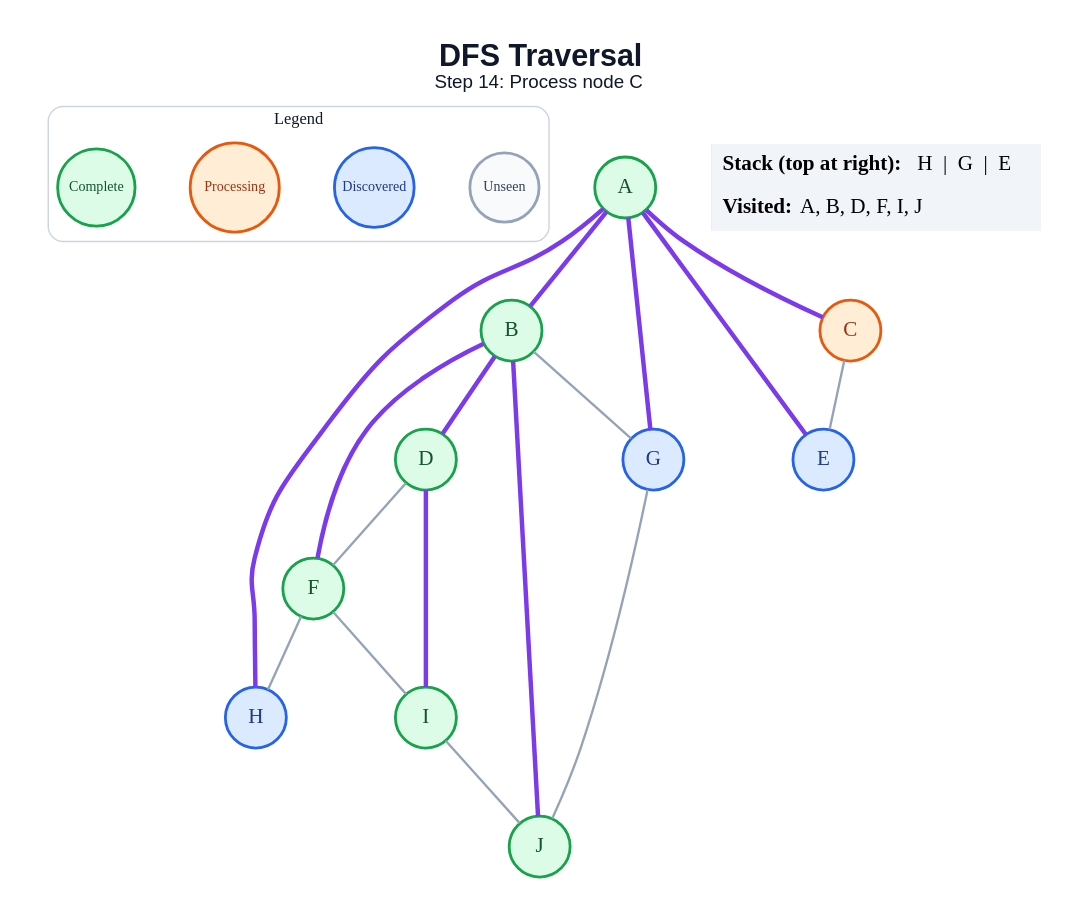
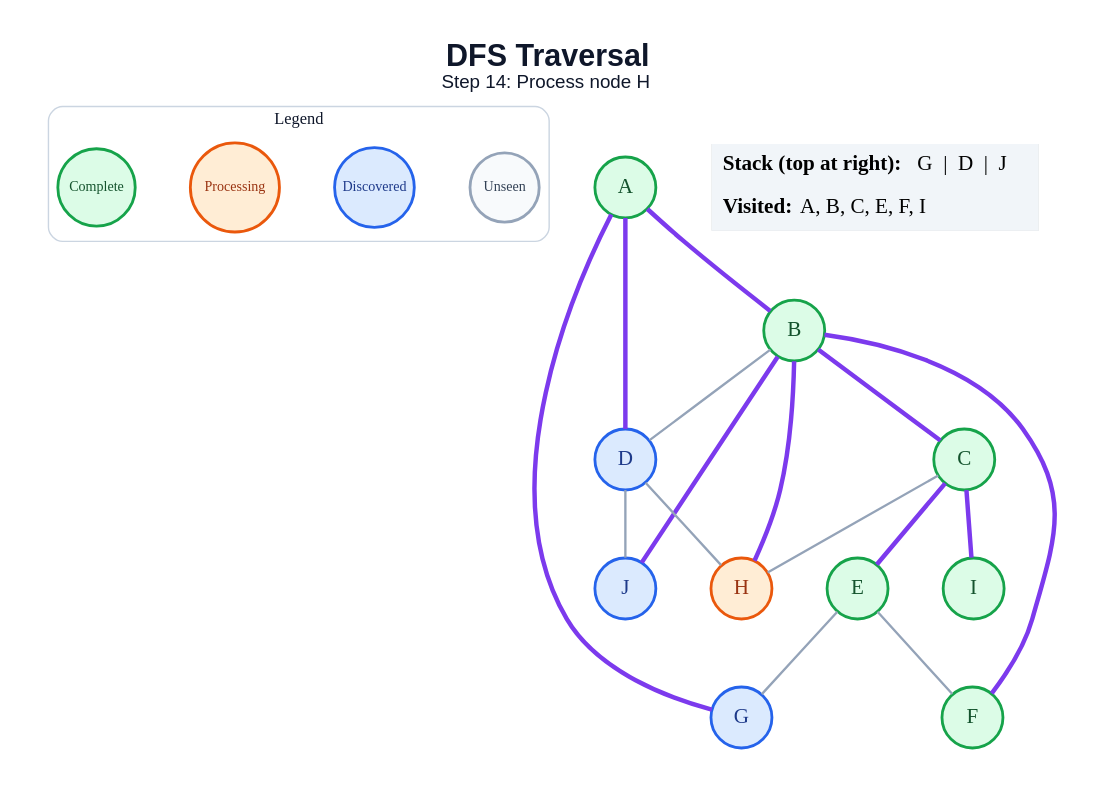
Before and after one commit to amanghodawala9/ai-slop: the diagram in generated/dfs/step_14.dot, drawn with Graphviz. The commit also changed 178 other files, not shown here.

```diff
--- a/generated/dfs/step_14.dot
+++ b/generated/dfs/step_14.dot
@@ -1,45 +1,44 @@
 graph traversal {
   graph [layout=dot, rankdir=TB, bgcolor="#FFFFFF", pad="0.35", nodesep="0.65", ranksep="0.8", fontname="Arial"];
   node [shape=circle, style="filled", fontname="Arial Bold", fontsize=18, width=0.72, fixedsize=true, penwidth=2.4];
   edge [color="#94A3B8", penwidth=2.0];
-  label=<<B>DFS Traversal</B><BR/><FONT POINT-SIZE="16">Step 14: Process node C</FONT>>; labelloc="t"; fontsize=26; fontname="Arial"; fontcolor="#0F172A";
+  label=<<B>DFS Traversal</B><BR/><FONT POINT-SIZE="16">Step 14: Process node H</FONT>>; labelloc="t"; fontsize=26; fontname="Arial"; fontcolor="#0F172A";
   subgraph cluster_legend { label="Legend"; color="#CBD5E1"; penwidth=1.2; style="rounded"; fontsize=14; fontname="Arial Bold";
     key_unseen [label="Unseen", fillcolor="#F8FAFC", color="#94A3B8", fontcolor="#334155", fontsize=12, width=0.82];
     key_frontier [label="Discovered", fillcolor="#DBEAFE", color="#2563EB", fontcolor="#1E3A8A", fontsize=12, width=0.95];
     key_current [label="Processing", fillcolor="#FFEDD5", color="#EA580C", fontcolor="#9A3412", fontsize=12, width=1.05];
     key_done [label="Complete", fillcolor="#DCFCE7", color="#16A34A", fontcolor="#14532D", fontsize=12, width=0.92];
     { rank=same; key_unseen; key_frontier; key_current; key_done; }
   }
   A [fillcolor="#DCFCE7", color="#16A34A", fontcolor="#14532D"];
   B [fillcolor="#DCFCE7", color="#16A34A", fontcolor="#14532D"];
-  C [fillcolor="#FFEDD5", color="#EA580C", fontcolor="#9A3412"];
-  D [fillcolor="#DCFCE7", color="#16A34A", fontcolor="#14532D"];
-  E [fillcolor="#DBEAFE", color="#2563EB", fontcolor="#1E3A8A"];
+  C [fillcolor="#DCFCE7", color="#16A34A", fontcolor="#14532D"];
+  D [fillcolor="#DBEAFE", color="#2563EB", fontcolor="#1E3A8A"];
+  E [fillcolor="#DCFCE7", color="#16A34A", fontcolor="#14532D"];
   F [fillcolor="#DCFCE7", color="#16A34A", fontcolor="#14532D"];
   G [fillcolor="#DBEAFE", color="#2563EB", fontcolor="#1E3A8A"];
-  H [fillcolor="#DBEAFE", color="#2563EB", fontcolor="#1E3A8A"];
+  H [fillcolor="#FFEDD5", color="#EA580C", fontcolor="#9A3412"];
   I [fillcolor="#DCFCE7", color="#16A34A", fontcolor="#14532D"];
-  J [fillcolor="#DCFCE7", color="#16A34A", fontcolor="#14532D"];
+  J [fillcolor="#DBEAFE", color="#2563EB", fontcolor="#1E3A8A"];
   A -- B [color="#7C3AED", penwidth=3.8];
-  A -- C [color="#7C3AED", penwidth=3.8];
-  A -- E [color="#7C3AED", penwidth=3.8];
+  A -- D [color="#7C3AED", penwidth=3.8];
   A -- G [color="#7C3AED", penwidth=3.8];
-  A -- H [color="#7C3AED", penwidth=3.8];
-  B -- D [color="#7C3AED", penwidth=3.8];
+  B -- C [color="#7C3AED", penwidth=3.8];
+  B -- D;
   B -- F [color="#7C3AED", penwidth=3.8];
-  B -- G;
+  B -- H [color="#7C3AED", penwidth=3.8];
   B -- J [color="#7C3AED", penwidth=3.8];
-  C -- E;
-  D -- F;
-  D -- I [color="#7C3AED", penwidth=3.8];
-  F -- H;
-  F -- I;
-  G -- J;
-  I -- J;
+  C -- E [color="#7C3AED", penwidth=3.8];
+  C -- H;
+  C -- I [color="#7C3AED", penwidth=3.8];
+  D -- H;
+  D -- J;
+  E -- F;
+  E -- G;
   status [shape=plain, fixedsize=false, width=0, height=0, margin=0, label=<
     <TABLE BORDER="0" CELLBORDER="0" CELLPADDING="7" BGCOLOR="#F1F5F9">
-      <TR><TD ALIGN="LEFT"><B>Stack (top at right):</B> H  |  G  |  E</TD></TR>
-      <TR><TD ALIGN="LEFT"><B>Visited:</B> A, B, D, F, I, J</TD></TR>
+      <TR><TD ALIGN="LEFT"><B>Stack (top at right):</B> G  |  D  |  J</TD></TR>
+      <TR><TD ALIGN="LEFT"><B>Visited:</B> A, B, C, E, F, I</TD></TR>
     </TABLE>
   >];
 }
```
